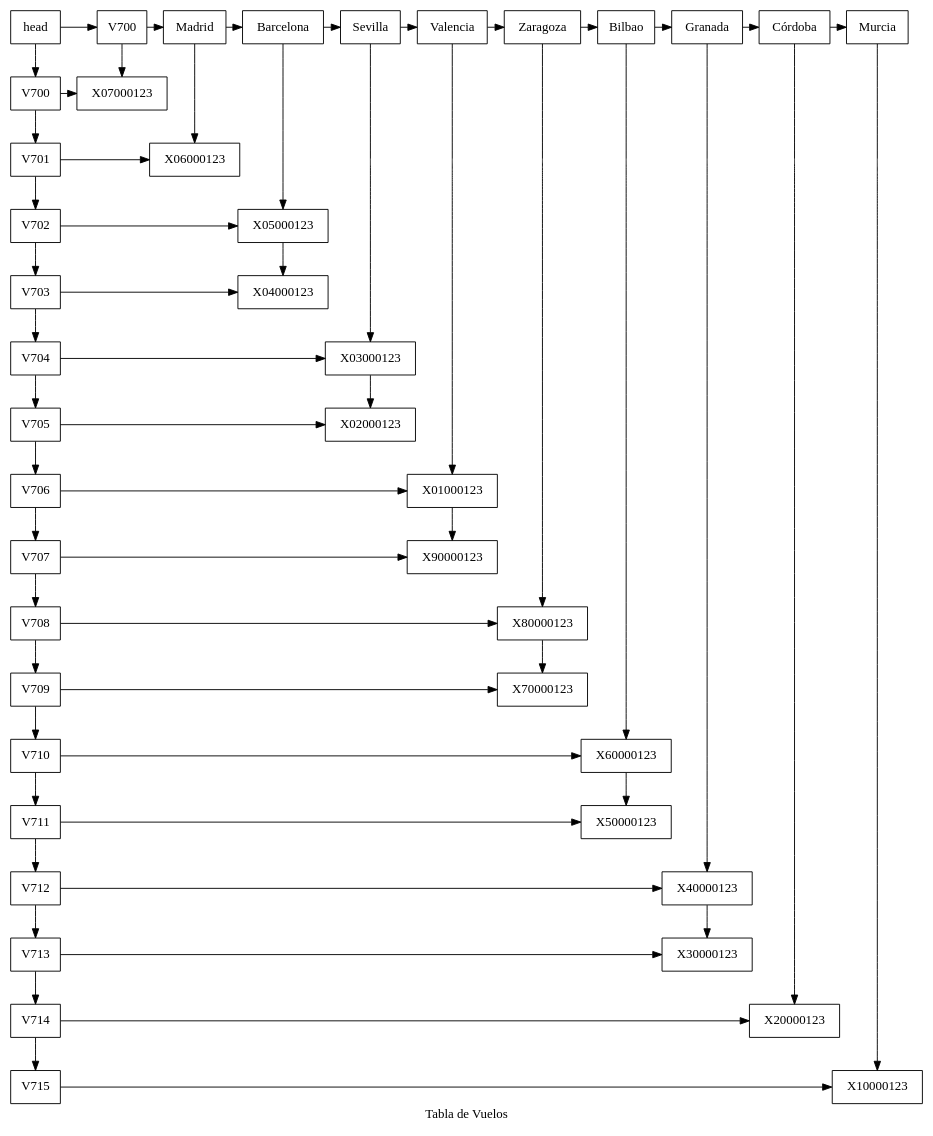
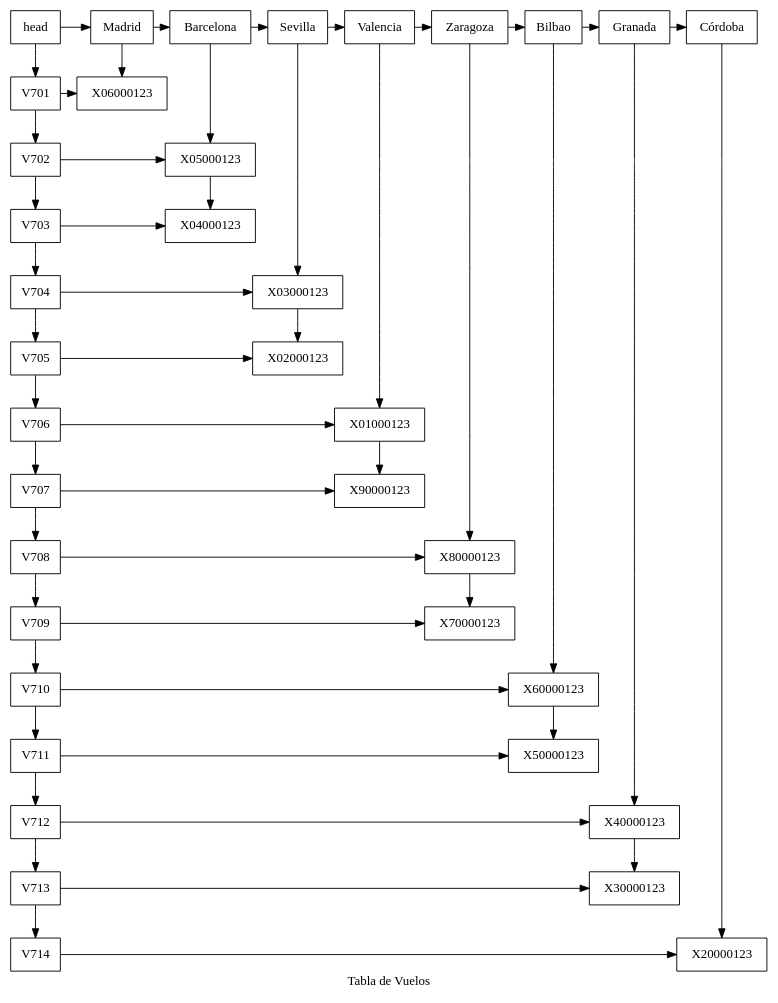
The diagram in dot/tablaDeVuelos.dot (MarvinCastellanos/201700490_EDD_Proyecto), drawn with Graphviz before and after one commit. The commit also changed 5 other files, not shown here.

```diff
--- a/dot/tablaDeVuelos.dot
+++ b/dot/tablaDeVuelos.dot
@@ -1,113 +1,99 @@
 digraph Matriz_dispersa {
 node[shape=box];
 label="Tabla de Vuelos";
 
 n0 [label="head" group=0];
-cV700[label="V700" group=V700];
 cMadrid[label="Madrid" group=Madrid];
 cBarcelona[label="Barcelona" group=Barcelona];
 cSevilla[label="Sevilla" group=Sevilla];
 cValencia[label="Valencia" group=Valencia];
 cZaragoza[label="Zaragoza" group=Zaragoza];
 cBilbao[label="Bilbao" group=Bilbao];
 cGranada[label="Granada" group=Granada];
 cCórdoba[label="Córdoba" group=Córdoba];
-cMurcia[label="Murcia" group=Murcia];
 
-rV700[label="V700" group=0];
 rV701[label="V701" group=0];
 rV702[label="V702" group=0];
 rV703[label="V703" group=0];
 rV704[label="V704" group=0];
 rV705[label="V705" group=0];
 rV706[label="V706" group=0];
 rV707[label="V707" group=0];
 rV708[label="V708" group=0];
 rV709[label="V709" group=0];
 rV710[label="V710" group=0];
 rV711[label="V711" group=0];
 rV712[label="V712" group=0];
 rV713[label="V713" group=0];
 rV714[label="V714" group=0];
-rV715[label="V715" group=0];
-
-nX07000123[label="X07000123" group=V700];
 
 nX06000123[label="X06000123" group=Madrid];
 
 nX05000123[label="X05000123" group=Barcelona];
 nX04000123[label="X04000123" group=Barcelona];
 
 nX03000123[label="X03000123" group=Sevilla];
 nX02000123[label="X02000123" group=Sevilla];
 
 nX01000123[label="X01000123" group=Valencia];
 nX90000123[label="X90000123" group=Valencia];
 
 nX80000123[label="X80000123" group=Zaragoza];
 nX70000123[label="X70000123" group=Zaragoza];
 
 nX60000123[label="X60000123" group=Bilbao];
 nX50000123[label="X50000123" group=Bilbao];
 
 nX40000123[label="X40000123" group=Granada];
 nX30000123[label="X30000123" group=Granada];
 
 nX20000123[label="X20000123" group=Córdoba];
 
-nX10000123[label="X10000123" group=Murcia];
 
+n0->cMadrid->cBarcelona->cSevilla->cValencia->cZaragoza->cBilbao->cGranada->cCórdoba;
 
-n0->cV700->cMadrid->cBarcelona->cSevilla->cValencia->cZaragoza->cBilbao->cGranada->cCórdoba->cMurcia;
-
-rV700->nX07000123;
 rV701->nX06000123;
 rV702->nX05000123;
 rV703->nX04000123;
 rV704->nX03000123;
 rV705->nX02000123;
 rV706->nX01000123;
 rV707->nX90000123;
 rV708->nX80000123;
 rV709->nX70000123;
 rV710->nX60000123;
 rV711->nX50000123;
 rV712->nX40000123;
 rV713->nX30000123;
 rV714->nX20000123;
-rV715->nX10000123;
 
 
-n0->rV700->rV701->rV702->rV703->rV704->rV705->rV706->rV707->rV708->rV709->rV710->rV711->rV712->rV713->rV714->rV715;
+n0->rV701->rV702->rV703->rV704->rV705->rV706->rV707->rV708->rV709->rV710->rV711->rV712->rV713->rV714;
 
-cV700->nX07000123;
 cMadrid->nX06000123;
 cBarcelona->nX05000123->nX04000123;
 cSevilla->nX03000123->nX02000123;
 cValencia->nX01000123->nX90000123;
 cZaragoza->nX80000123->nX70000123;
 cBilbao->nX60000123->nX50000123;
 cGranada->nX40000123->nX30000123;
 cCórdoba->nX20000123;
-cMurcia->nX10000123;
 
-{ rank=same;n0;cV700;cMadrid;cBarcelona;cSevilla;cValencia;cZaragoza;cBilbao;cGranada;cCórdoba;cMurcia;}
+{ rank=same;n0;cMadrid;cBarcelona;cSevilla;cValencia;cZaragoza;cBilbao;cGranada;cCórdoba;}
 
-{rank=same;rV700;nX07000123;}
 {rank=same;rV701;nX06000123;}
 {rank=same;rV702;nX05000123;}
 {rank=same;rV703;nX04000123;}
 {rank=same;rV704;nX03000123;}
 {rank=same;rV705;nX02000123;}
 {rank=same;rV706;nX01000123;}
 {rank=same;rV707;nX90000123;}
 {rank=same;rV708;nX80000123;}
 {rank=same;rV709;nX70000123;}
 {rank=same;rV710;nX60000123;}
 {rank=same;rV711;nX50000123;}
 {rank=same;rV712;nX40000123;}
 {rank=same;rV713;nX30000123;}
 {rank=same;rV714;nX20000123;}
-{rank=same;rV715;nX10000123;}
 
 }
```
